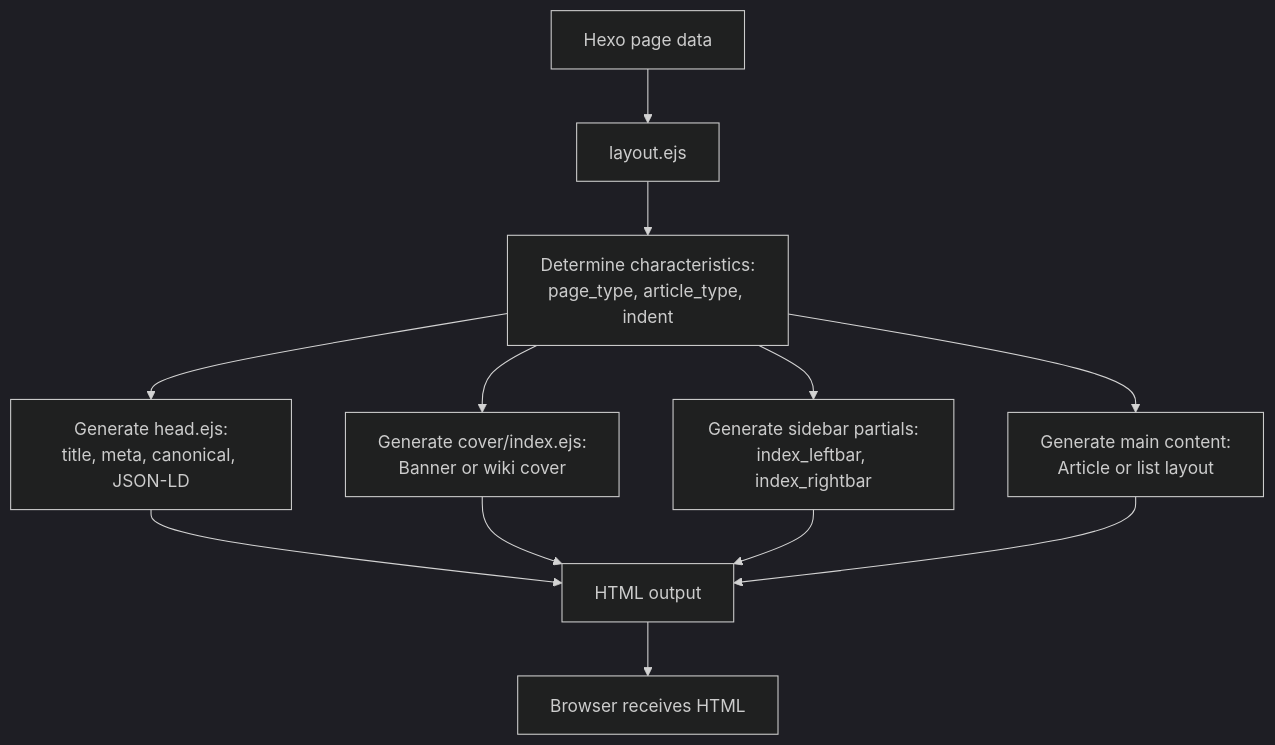
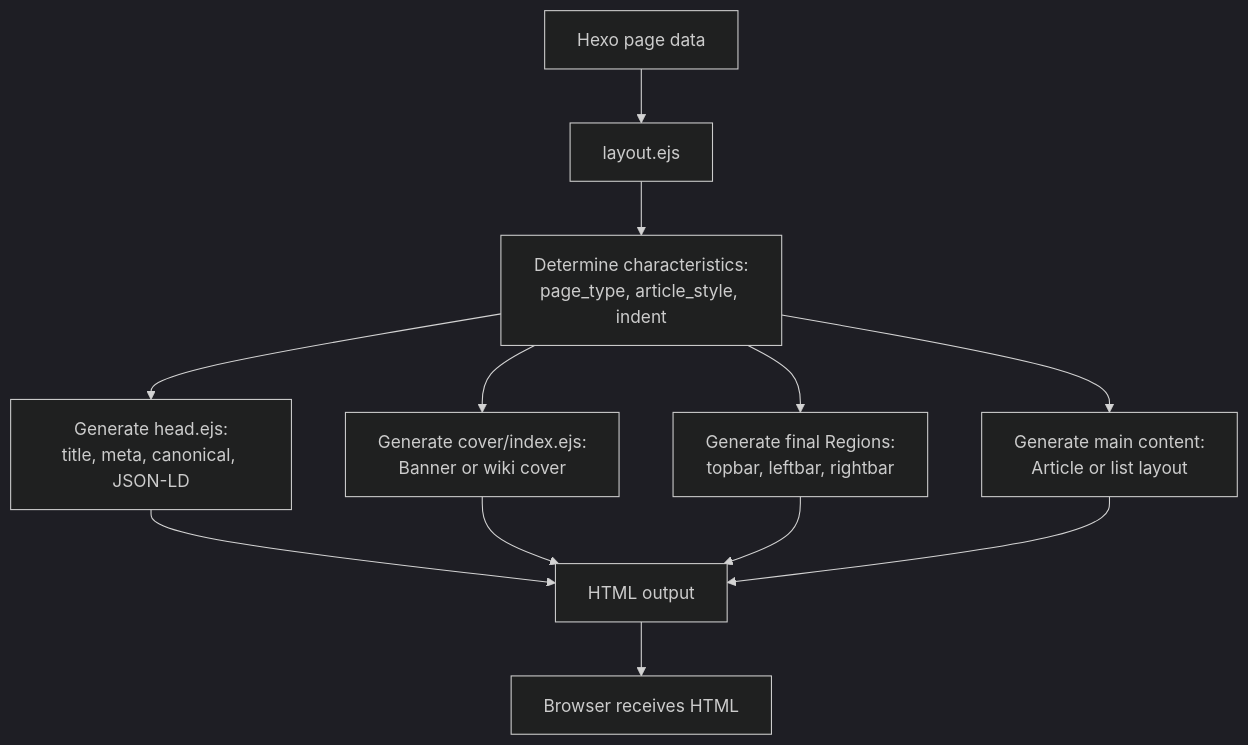
The third of 5 diagrams in docs/knowledge/00-总览与安装配置/overview.md (xaoxuu/hexo-theme-stellar), drawn with Mermaid (dark theme) before and after one commit. The commit also changed other lines of this file and 287 other files, not shown here.

````diff
--- a/docs/knowledge/00-总览与安装配置/overview.md
+++ b/docs/knowledge/00-总览与安装配置/overview.md
@@ -150,20 +151,20 @@
 ```mermaid
 flowchart TD
     HEXODATA["Hexo page data"]
     LAYOUT["layout.ejs"]
     
     HEXODATA --> LAYOUT
     
-    LAYOUT --> DETERMINE["Determine characteristics:<br/>page_type, article_type, indent"]
+    LAYOUT --> DETERMINE["Determine characteristics:<br/>page_type, article_style, indent"]
     DETERMINE --> HEAD["Generate head.ejs:<br/>title, meta, canonical, JSON-LD"]
     DETERMINE --> COVER["Generate cover/index.ejs:<br/>Banner or wiki cover"]
-    DETERMINE --> SIDEBAR["Generate sidebar partials:<br/>index_leftbar, index_rightbar"]
+    DETERMINE --> REGIONS["Generate final Regions:<br/>topbar, leftbar, rightbar"]
     DETERMINE --> CONTENT["Generate main content:<br/>Article or list layout"]
     
     HEAD --> HTML["HTML output"]
     COVER --> HTML
-    SIDEBAR --> HTML
+    REGIONS --> HTML
     CONTENT --> HTML
     
     HTML --> BROWSER["Browser receives HTML"]
 ```
````
